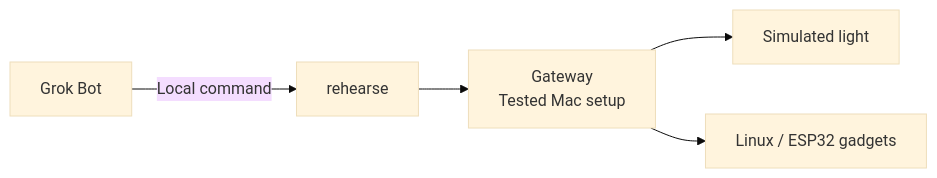
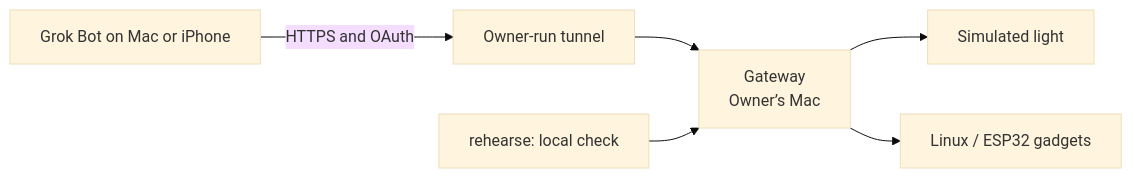
One commit to adidshaft/grok-gadgets-gateway changed the diagram in README.md. Above: the diagram before and after it, drawn with Mermaid (base theme). The commit also changed other lines of this file and 6 other files, not shown here.

````diff
--- a/README.md
+++ b/README.md
@@ -47,7 +55,8 @@
 ```mermaid
 flowchart LR
-    B["Grok Bot"] -->|Local command| R["rehearse"]
-    R --> G["Gateway<br>Tested Mac setup"]
+    B["Grok Bot on Mac or iPhone"] -->|HTTPS and OAuth| T["Owner-run tunnel"]
+    T --> G["Gateway<br>Owner’s Mac"]
+    R["rehearse: local check"] --> G
     G --> S["Simulated light"]
     G --> D["Linux / ESP32 gadgets"]
 ```
````
